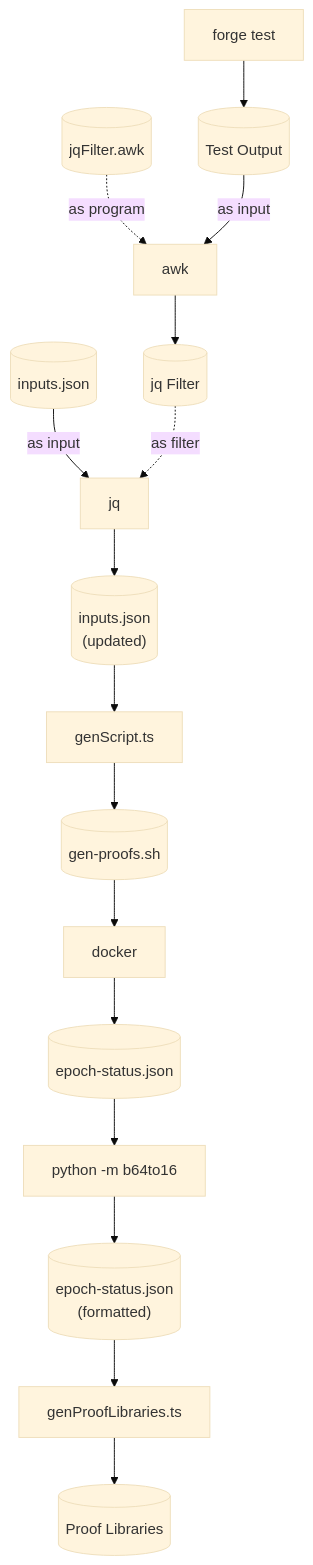
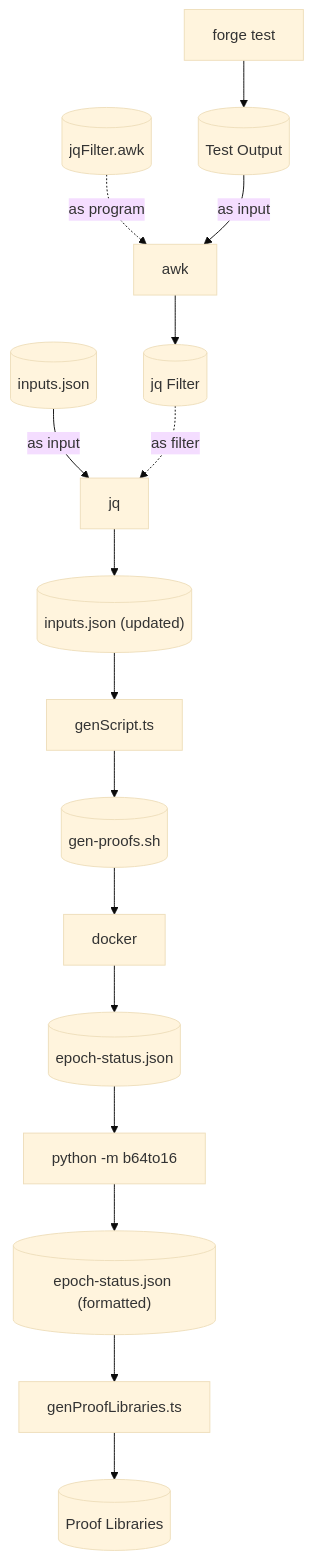
The diagram in onchain/rollups-simplified/test/foundry/dapp/helper/README.md (dapp-dragonxmlp09/rollups-contracts), drawn with Mermaid (base theme) before and after one commit.

````diff
--- a/onchain/rollups-simplified/test/foundry/dapp/helper/README.md
+++ b/onchain/rollups-simplified/test/foundry/dapp/helper/README.md
@@ -72,15 +72,15 @@
 ```mermaid
 graph TD
     forge[forge test] --> testOutput[(Test Output)]
     jqFilterProgram[(jqFilter.awk)] -. as program .-> awk
     testOutput -- as input --> awk
     awk --> jqFilter[(jq Filter)]
     inputs[(inputs.json)] -- as input --> jq
     jqFilter -. as filter .-> jq
-    jq --> updatedInputs[("inputs.json\n(updated)")]
+    jq --> updatedInputs[("inputs.json (updated)")]
     updatedInputs --> genScript.ts --> script[(gen-proofs.sh)]
     script --> docker --> epochStatus[(epoch-status.json)]
-    epochStatus --> b64to16[python -m b64to16] --> formatedEpochStatus[("epoch-status.json\n(formatted)")]
+    epochStatus --> b64to16[python -m b64to16] --> formatedEpochStatus[("epoch-status.json (formatted)")]
     formatedEpochStatus --> genProofLibraries.ts
     genProofLibraries.ts --> proofLibraries[(Proof Libraries)]
 ```
````
